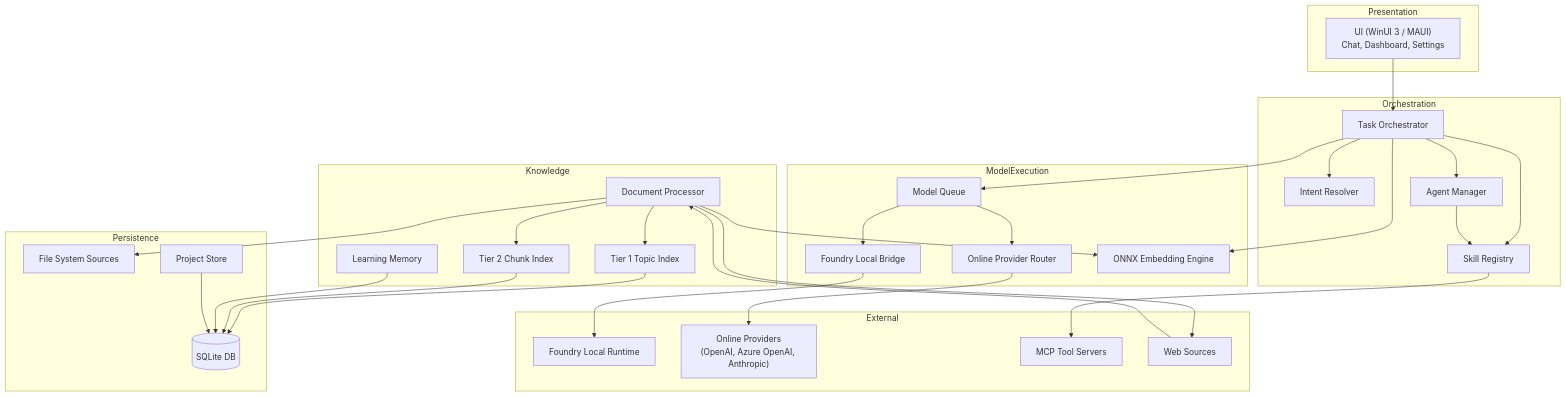
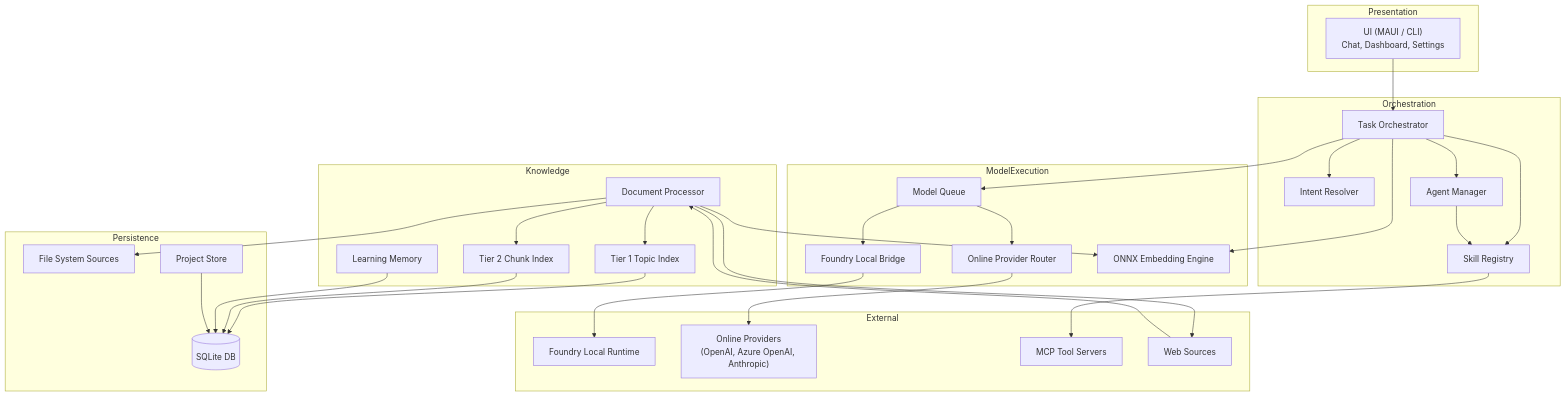
One commit to stevecisco/daiv3 changed the diagram in Docs/Requirements/Architecture/architecture-overview.md. Above: the diagram before and after it, drawn with Mermaid. The commit also changed 11 other files, not shown here.

Commit message:
Updating copilto instructions, design documents, dependencies, architectural docs, etc

````diff
--- a/Docs/Requirements/Architecture/architecture-overview.md
+++ b/Docs/Requirements/Architecture/architecture-overview.md
@@ -3,68 +3,68 @@
 ```mermaid
 flowchart TB
     subgraph Presentation
-        UI["UI (WinUI 3 / MAUI)\nChat, Dashboard, Settings"]
+        UI["UI (MAUI / CLI)\nChat, Dashboard, Settings"]
     end
 
     subgraph Orchestration
         Orchestrator["Task Orchestrator"]
         Intent["Intent Resolver"]
         Agents["Agent Manager"]
         Skills["Skill Registry"]
     end
 
     subgraph ModelExecution
         Queue["Model Queue"]
         Foundry["Foundry Local Bridge"]
         OnlineRouter["Online Provider Router"]
         Embedding["ONNX Embedding Engine"]
     end
 
     subgraph Knowledge
         DocProc["Document Processor"]
         Tier1["Tier 1 Topic Index"]
         Tier2["Tier 2 Chunk Index"]
         Learnings["Learning Memory"]
     end
 
     subgraph Persistence
         Sqlite[("SQLite DB")]
         Files["File System Sources"]
         ProjectStore["Project Store"]
     end
 
     subgraph External
         FoundryRuntime["Foundry Local Runtime"]
         OnlineProviders["Online Providers\n(OpenAI, Azure OpenAI, Anthropic)"]
         Mcp["MCP Tool Servers"]
         WebSources["Web Sources"]
     end
 
     UI --> Orchestrator
     Orchestrator --> Intent
     Orchestrator --> Agents
     Orchestrator --> Skills
     Agents --> Skills
 
     Orchestrator --> Queue
     Queue --> Foundry
     Queue --> OnlineRouter
     Foundry --> FoundryRuntime
     OnlineRouter --> OnlineProviders
 
     Orchestrator --> Embedding
     DocProc --> Embedding
 
     DocProc --> Tier1
     DocProc --> Tier2
     Tier1 --> Sqlite
     Tier2 --> Sqlite
     Learnings --> Sqlite
 
     DocProc --> Files
     ProjectStore --> Sqlite
 
     Skills --> Mcp
     DocProc --> WebSources
     WebSources --> DocProc
 ```
````
